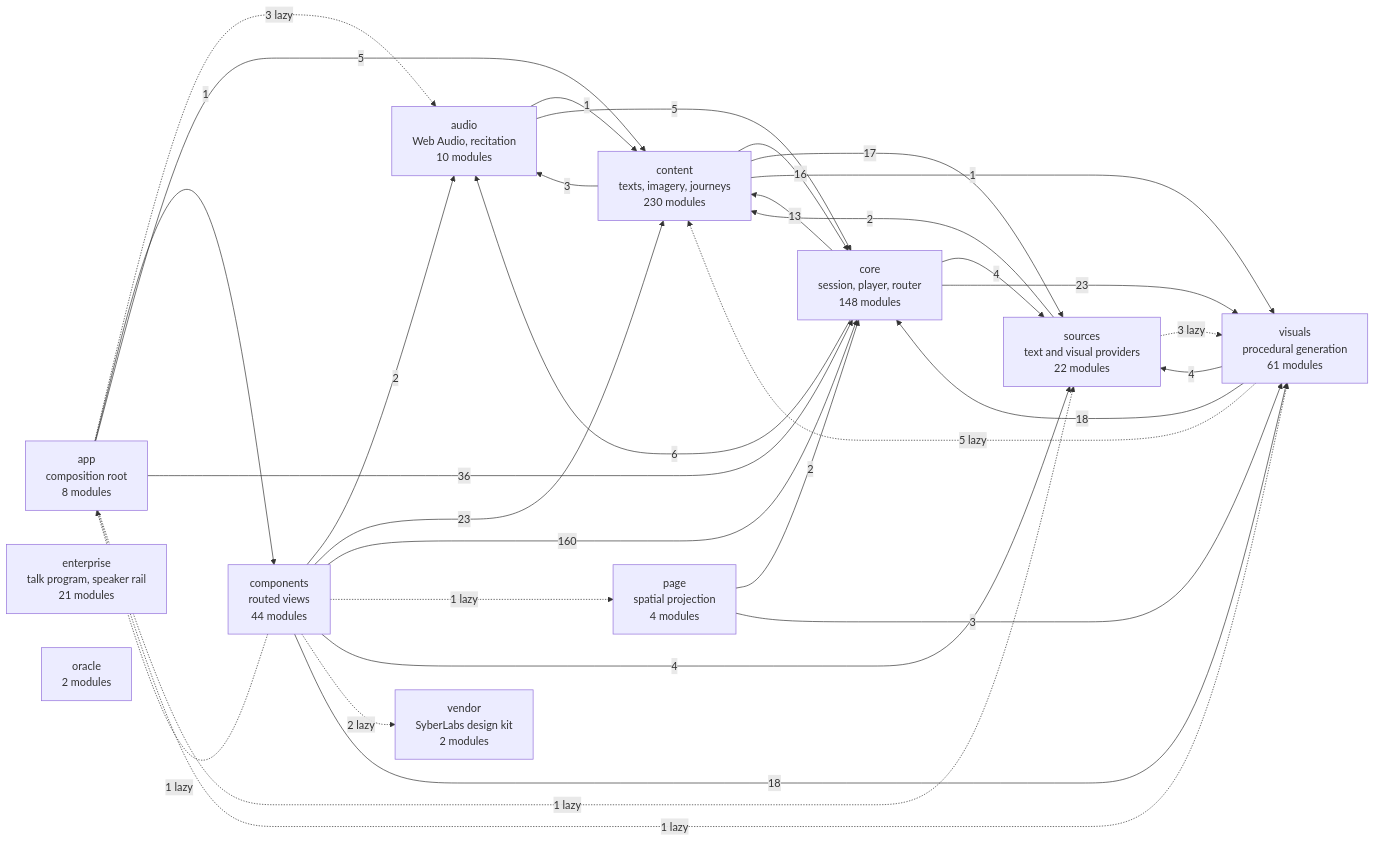
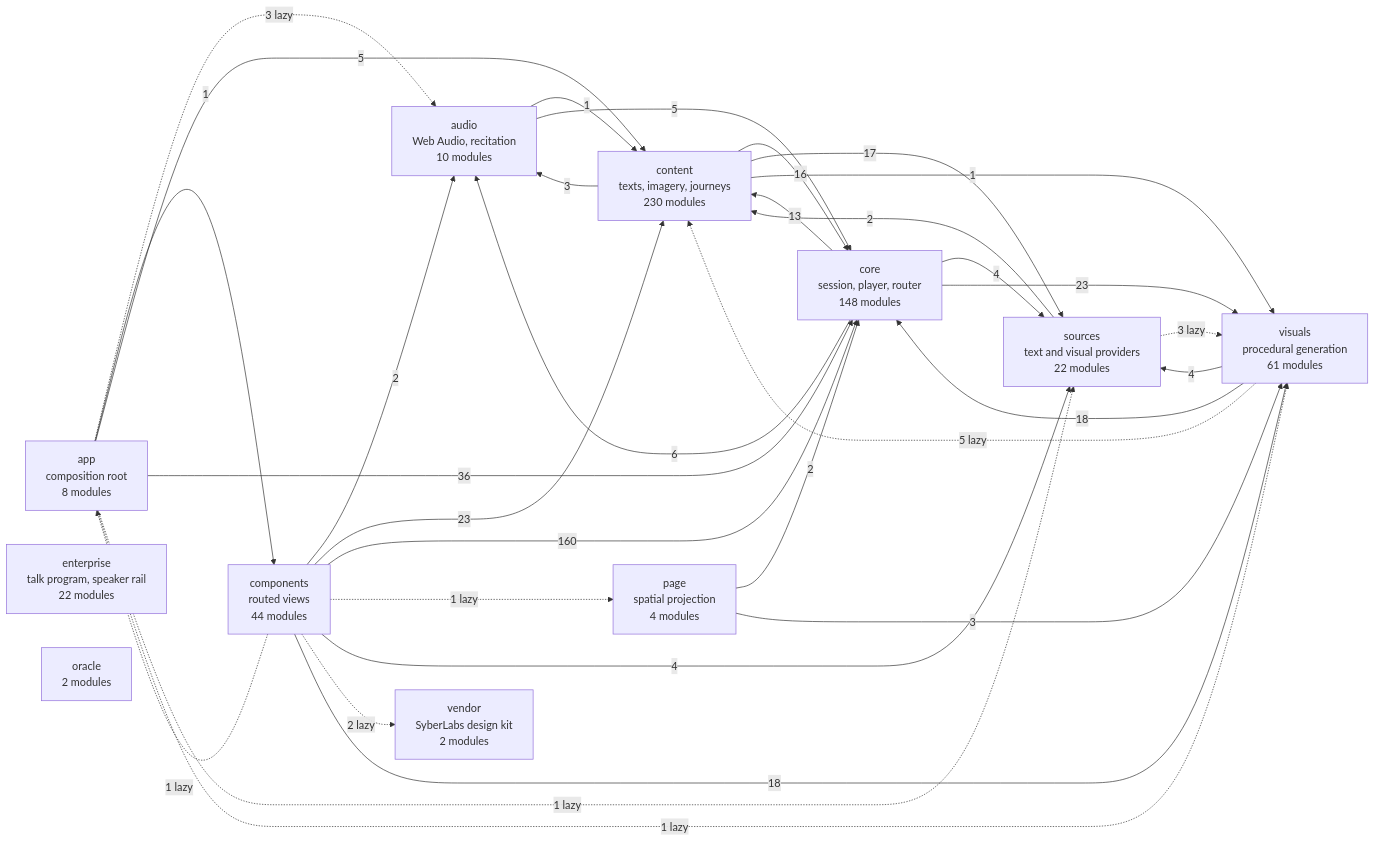
Before and after one commit to SyberLabs/RISE: the diagram in docs/specs/ARCHITECTURE.md, drawn with Mermaid. The commit also changed other lines of this file and 1 other file, not shown here.

````diff
--- a/docs/specs/ARCHITECTURE.md
+++ b/docs/specs/ARCHITECTURE.md
@@ -160,46 +160,46 @@
 ```mermaid
 flowchart LR
     app["app<br/>composition root<br/>8 modules"]
     audio["audio<br/>Web Audio, recitation<br/>10 modules"]
     components["components<br/>routed views<br/>44 modules"]
     content["content<br/>texts, imagery, journeys<br/>230 modules"]
     core["core<br/>session, player, router<br/>148 modules"]
-    enterprise["enterprise<br/>talk program, speaker rail<br/>21 modules"]
+    enterprise["enterprise<br/>talk program, speaker rail<br/>22 modules"]
     oracle["oracle<br/>2 modules"]
     page["page<br/>spatial projection<br/>4 modules"]
     sources["sources<br/>text and visual providers<br/>22 modules"]
     vendor["vendor<br/>SyberLabs design kit<br/>2 modules"]
     visuals["visuals<br/>procedural generation<br/>61 modules"]
 
     app -.-> |3 lazy| audio
     app --> |1| components
     app --> |5| content
     app --> |36| core
     app -.-> |1 lazy| sources
     app -.-> |1 lazy| visuals
     audio --> |1| content
     audio --> |5| core
     components -.-> |1 lazy| app
     components --> |2| audio
     components --> |23| content
     components --> |160| core
     components -.-> |1 lazy| page
     components --> |4| sources
     components -.-> |2 lazy| vendor
     components --> |18| visuals
     content --> |3| audio
     content --> |16| core
     content --> |17| sources
     content --> |1| visuals
     core --> |6| audio
     core --> |13| content
     core --> |4| sources
     core --> |23| visuals
     page --> |2| core
     page --> |3| visuals
     sources --> |2| content
     sources -.-> |3 lazy| visuals
     visuals -.-> |5 lazy| content
     visuals --> |18| core
     visuals --> |4| sources
 ```
````
